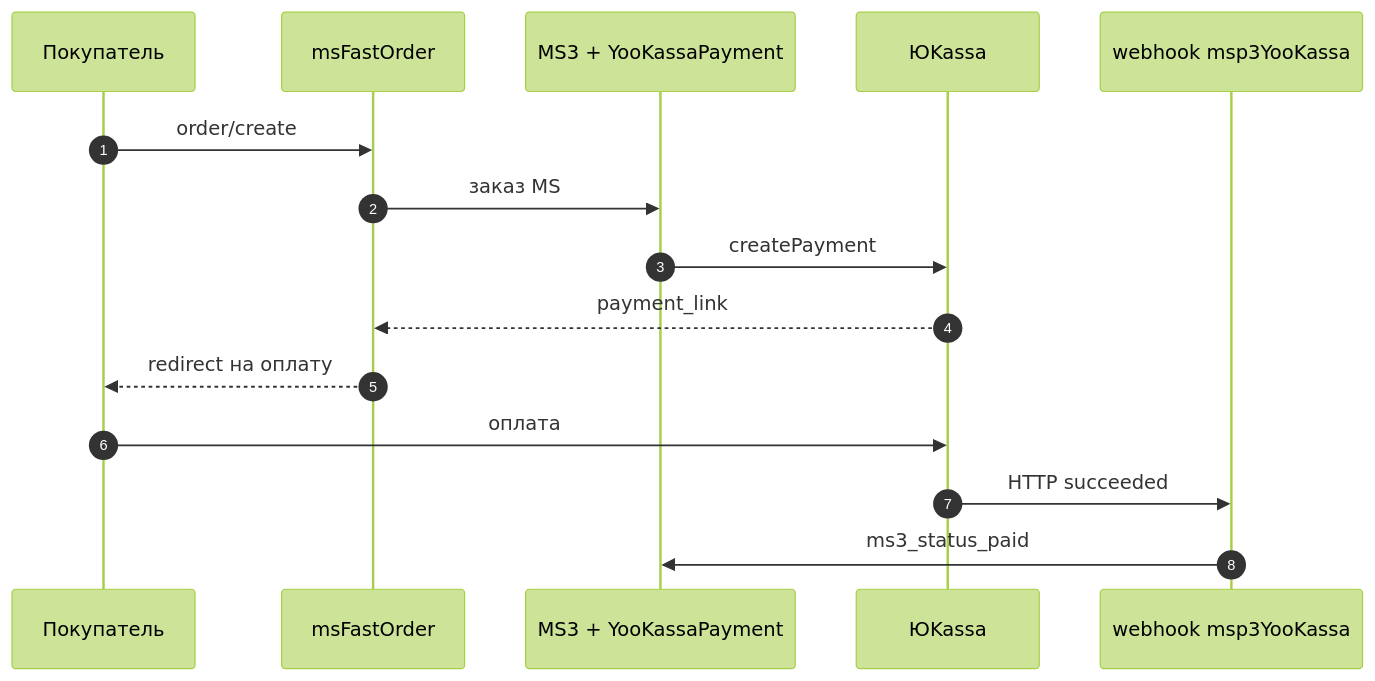
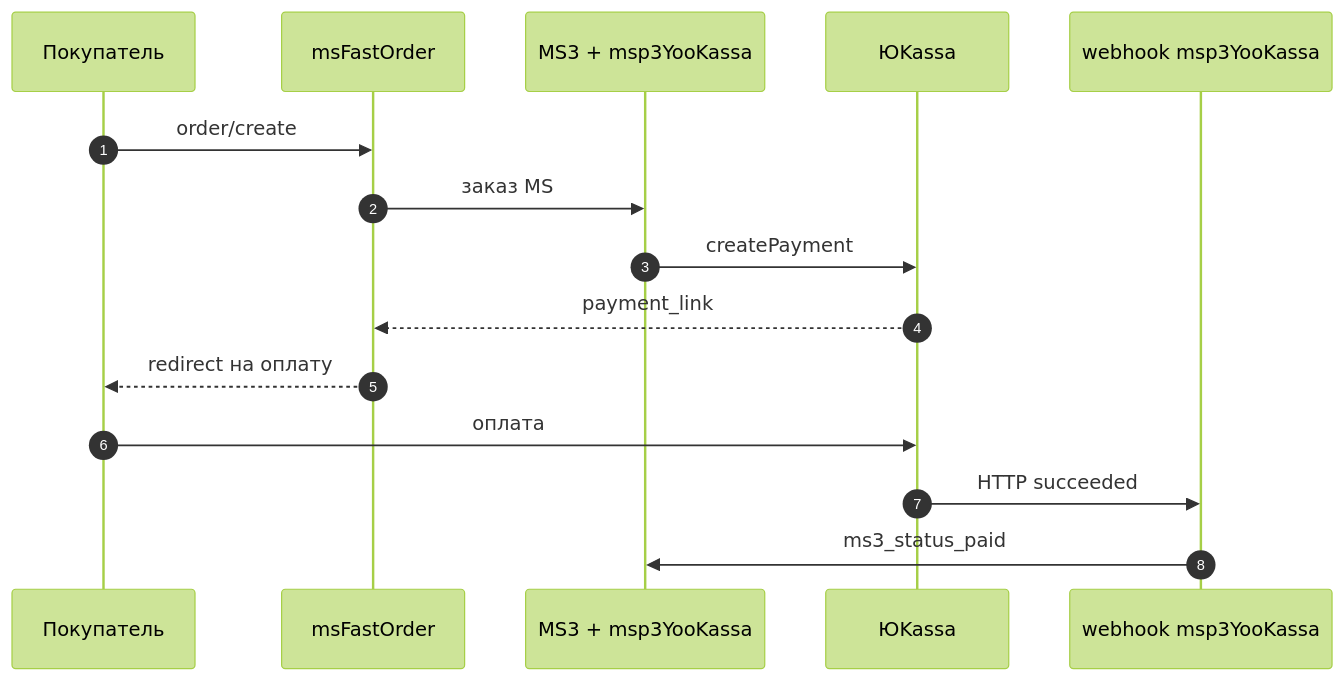
One commit to modx-pro/Docs changed the second of 2 diagrams in docs/components/msfastorder/integration.md. Above: the diagram before and after it, drawn with Mermaid (forest theme). The commit also changed other lines of this file and 102 other files, not shown here.

````diff
--- a/docs/components/msfastorder/integration.md
+++ b/docs/components/msfastorder/integration.md
@@ -238,18 +213,18 @@
 ```mermaid
 sequenceDiagram
   autonumber
   participant U as Покупатель
   participant FO as msFastOrder
-  participant MS as MS3 + YooKassaPayment
+  participant MS as MS3 + msp3YooKassa
   participant Y as ЮKassa
   participant W as webhook msp3YooKassa
 
   U->>FO: order/create
   FO->>MS: заказ MS
   MS->>Y: createPayment
   Y-->>FO: payment_link
   FO-->>U: redirect на оплату
   U->>Y: оплата
   Y->>W: HTTP succeeded
   W->>MS: ms3_status_paid
 ```
````
